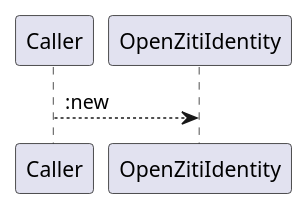
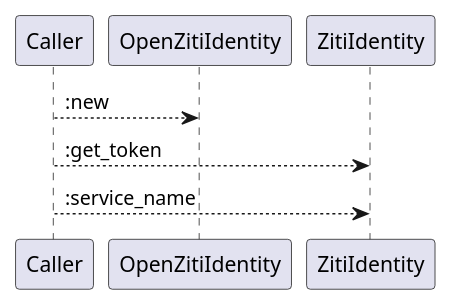
One commit to lgcorzo/rust_CACD_autonomous_factory changed the fifth of 6 diagrams in openwiki/crates_factory_infrastructure_src_ziti.md. Above: the diagram before and after it, drawn with PlantUML. The commit also changed other lines of this file and 96 other files, not shown here.

````diff
--- a/openwiki/crates_factory_infrastructure_src_ziti.md
+++ b/openwiki/crates_factory_infrastructure_src_ziti.md
@@ -154,6 +214,8 @@
 ```plantuml
 @startuml
 Caller --> OpenZitiIdentity::new
+Caller --> ZitiIdentity::get_token
+Caller --> ZitiIdentity::service_name
 @enduml
 
 ```
````
